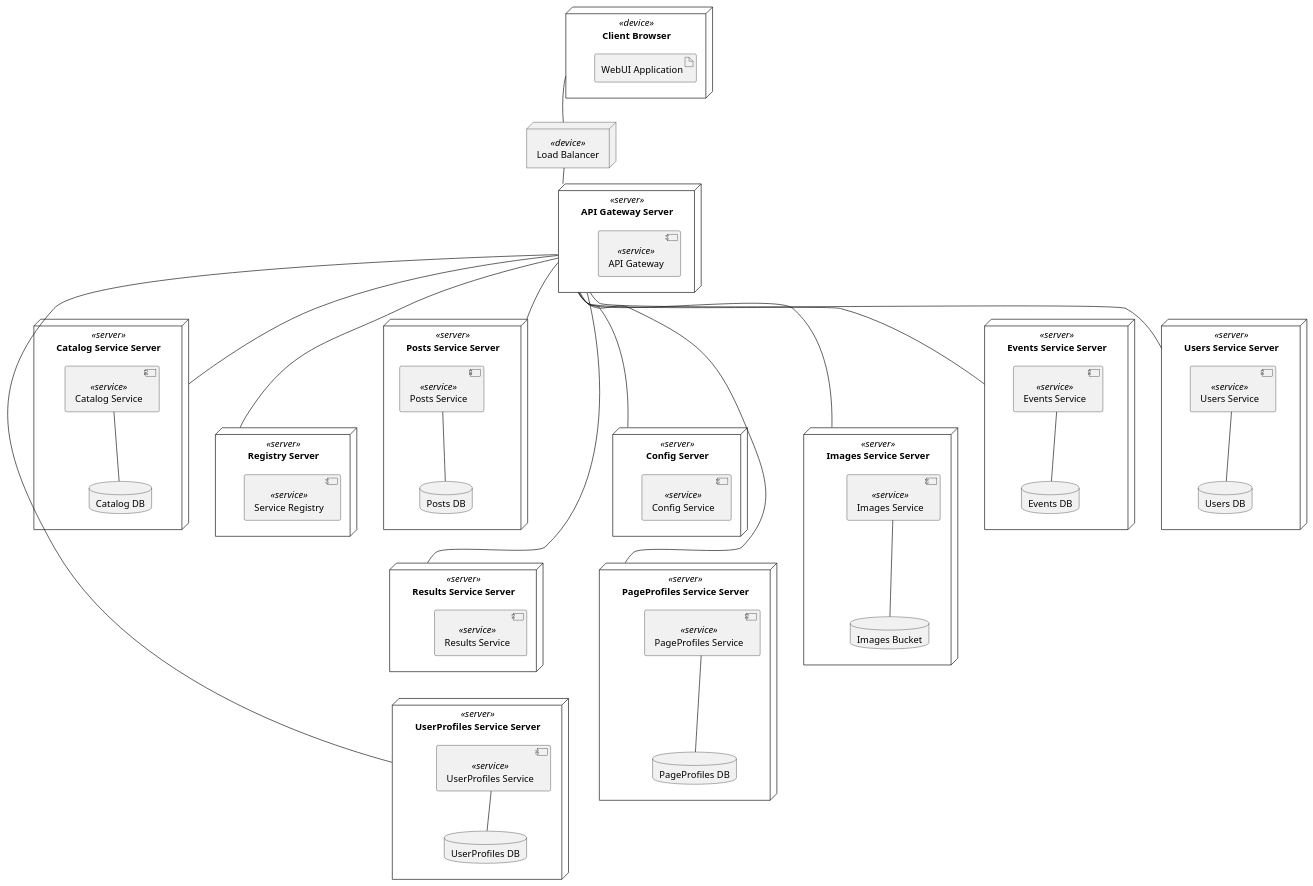
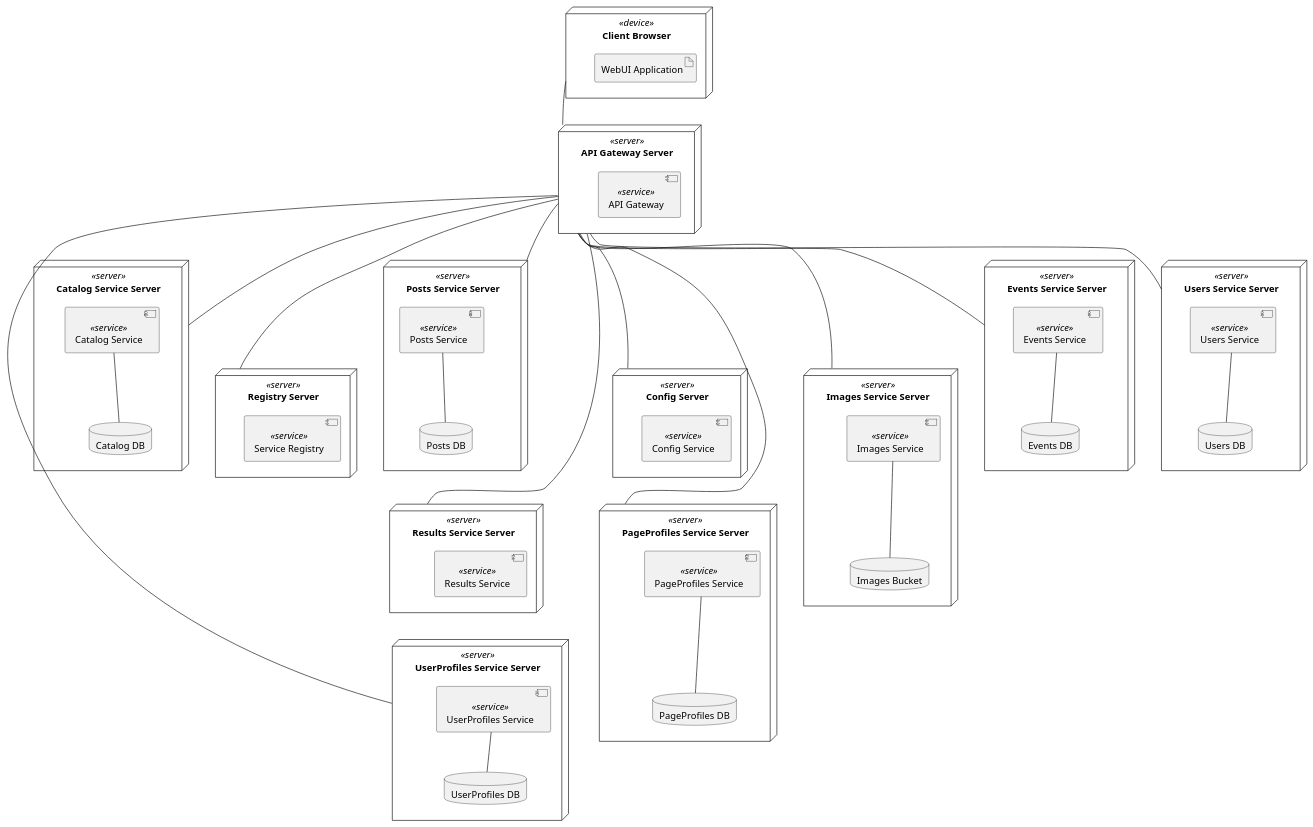
The diagram in deploy.puml (2piradrian/seminario-docs), drawn with PlantUML before and after one commit. The commit also changed 1 other file, not shown here.

```diff
--- a/deploy.puml
+++ b/deploy.puml
@@ -1,147 +1,140 @@
 @startuml
 
 skinparam defaultTextAlignment center
 
 ' Nodo del Cliente
 node "Client Browser" as CLIENT <<device>> {
     artifact "WebUI Application" as WEBUI_APP
 }
-
-' Nodos de Infraestructura Central
-node "Load Balancer" as LB <<device>>
 
 ' Nodo del API Gateway
 node "API Gateway Server" as GW_NODE <<server>> {
     component "API Gateway" as GATEWAY <<service>>
 }
 
 ' Nodo del Registry
 node "Registry Server" as REG_NODE <<server>> {
     component "Service Registry" as REGISTRY <<service>>
 }
 
 ' Nodo del Config
 node "Config Server" as CFG_NODE <<server>> {
     component "Config Service" as CONFIG <<service>>
 }
 
 ' Microservicios - Fila Superior
 node "Users Service Server" as USERS_NODE <<server>> {
     component "Users Service" as USERS <<service>>
     database "Users DB" as USERS_DB {
     }
 }
 
 node "Catalog Service Server" as CAT_NODE <<server>> {
     component "Catalog Service" as CATALOG <<service>>
     database "Catalog DB" as CATALOG_DB {
     }
 }
 
 node "Events Service Server" as EVT_NODE <<server>> {
     component "Events Service" as EVENTS <<service>>
     database "Events DB" as EVENTS_DB {
     }
 }
 
 ' Microservicios - Fila Derecha
 node "Images Service Server" as IMG_NODE <<server>> {
     component "Images Service" as IMAGES <<service>>
     database "Images Bucket" as IMAGES_BUCKET {
     }
 }
 
 node "PageProfiles Service Server" as PP_NODE <<server>> {
     component "PageProfiles Service" as PAGEPROFILES <<service>>
     database "PageProfiles DB" as PP_DB {
     }
 }
 
 ' Microservicios - Fila Inferior
 node "Posts Service Server" as POST_NODE <<server>> {
     component "Posts Service" as POSTS <<service>>
     database "Posts DB" as POSTS_DB {
     }
 }
 
 node "Results Service Server" as RES_NODE <<server>> {
     component "Results Service" as RESULTS <<service>>
 }
 
 node "UserProfiles Service Server" as UP_NODE <<server>> {
     database "UserProfiles DB" as UP_DB {
     }
     component "UserProfiles Service" as USERPROFILES <<service>>
 }
 
 ' Conexiones del Cliente
-CLIENT -- LB 
-
-' Load Balancer al Gateway
-LB -- GW_NODE
+CLIENT -- GW_NODE
 
 ' Gateway a microservicios
 GW_NODE -- USERS_NODE 
 GW_NODE -- CAT_NODE
 GW_NODE -- EVT_NODE 
 GW_NODE -- IMG_NODE 
 GW_NODE -- PP_NODE 
 GW_NODE -- POST_NODE
 GW_NODE -- RES_NODE
 GW_NODE -- UP_NODE
 GW_NODE -- CFG_NODE
 GW_NODE -- REG_NODE
 
 ' Microservicios a bases de datos
 USERS -- USERS_DB 
 CATALOG -- CATALOG_DB 
 EVENTS -- EVENTS_DB 
 IMAGES -- IMAGES_BUCKET
 PAGEPROFILES -- PP_DB 
 POSTS -- POSTS_DB 
 USERPROFILES -- UP_DB 
 
 ' Layout - Organizando alrededor del centro (Gateway, Registry, Config)
 
 ' Cliente arriba
-CLIENT -[hidden]down-> LB
-LB -[hidden]down-> GW_NODE
+CLIENT -[hidden]down-> GW_NODE
 
 ' Centro: Gateway, Registry, Config
 GW_NODE -[hidden]right-> REG_NODE
 REG_NODE -[hidden]right-> CFG_NODE
 GW_NODE -[hidden]right-> RES_NODE
 
 ' Fila superior: Users, Catalog, Events
 USERS_NODE -[hidden]down-> GW_NODE
 CAT_NODE -[hidden]down-> REG_NODE
 EVT_NODE -[hidden]down-> CFG_NODE
 
 USERS_NODE -[hidden]right-> CAT_NODE
 CAT_NODE -[hidden]right-> EVT_NODE
 
 ' Columna derecha: Events -> Images -> PageProfiles
 EVT_NODE -[hidden]down-> IMG_NODE
 IMG_NODE -[hidden]down-> PP_NODE
 
 ' Fila inferior: Posts, Results, UserProfiles
 GW_NODE -[hidden]down-> POST_NODE
 REG_NODE -[hidden]down-> RES_NODE
 CFG_NODE -[hidden]down-> UP_NODE
 
 POST_NODE -[hidden]right-> RES_NODE
 RES_NODE -[hidden]right-> UP_NODE
 
 ' Alinear PageProfiles con UserProfiles
 PP_NODE -[hidden]down-> UP_NODE
 
 ' Bases de datos alineadas bajo sus servicios
 USERS_NODE -[hidden]down-> USERS_DB
 CAT_NODE -[hidden]down-> CATALOG_DB
 EVT_NODE -[hidden]down-> EVENTS_DB
 IMG_NODE -[hidden]down-> IMAGES_BUCKET
 PP_NODE -[hidden]down-> PP_DB
 POST_NODE -[hidden]down-> POSTS_DB
 UP_NODE -[hidden]down-> UP_DB
 
 @enduml
```
